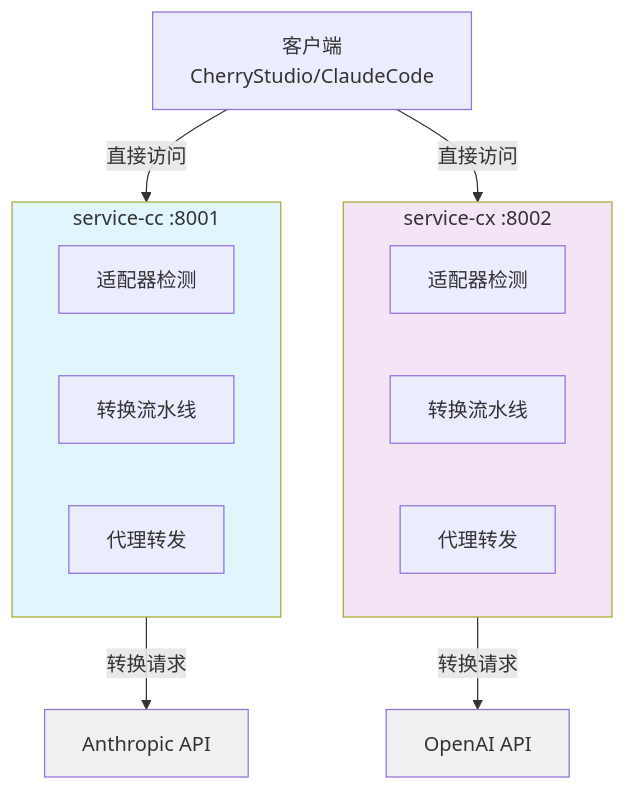
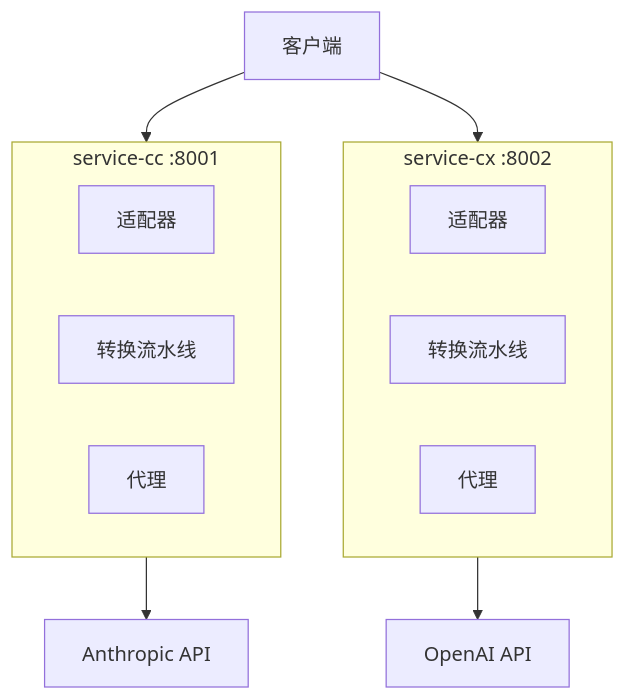
The diagram in docs/CLAUDE.md (chyax98/cc-proxy), drawn with Mermaid before and after one commit. The commit also changed other lines of this file and 3 other files, not shown here.

````diff
--- a/docs/CLAUDE.md
+++ b/docs/CLAUDE.md
@@ -26,29 +11,21 @@
 ```mermaid
 graph TD
-    Client[客户端<br/>CherryStudio/ClaudeCode]
-
+    Client[客户端]
     subgraph ServiceCC["service-cc :8001"]
-        CC_Adapter[适配器检测]
+        CC_Adapter[适配器]
         CC_Pipeline[转换流水线]
-        CC_Proxy[代理转发]
+        CC_Proxy[代理]
     end
-
     subgraph ServiceCX["service-cx :8002"]
-        CX_Adapter[适配器检测]
+        CX_Adapter[适配器]
         CX_Pipeline[转换流水线]
-        CX_Proxy[代理转发]
+        CX_Proxy[代理]
     end
-
     Anthropic[Anthropic API]
     OpenAI[OpenAI API]
 
-    Client -->|直接访问| ServiceCC
-    Client -->|直接访问| ServiceCX
-    ServiceCC -->|转换请求| Anthropic
-    ServiceCX -->|转换请求| OpenAI
-
-    style ServiceCC fill:#e1f5fe
-    style ServiceCX fill:#f3e5f5
-    style Anthropic fill:#f0f0f0
-    style OpenAI fill:#f0f0f0
+    Client --> ServiceCC
+    Client --> ServiceCX
+    ServiceCC --> Anthropic
+    ServiceCX --> OpenAI
 ```
````
